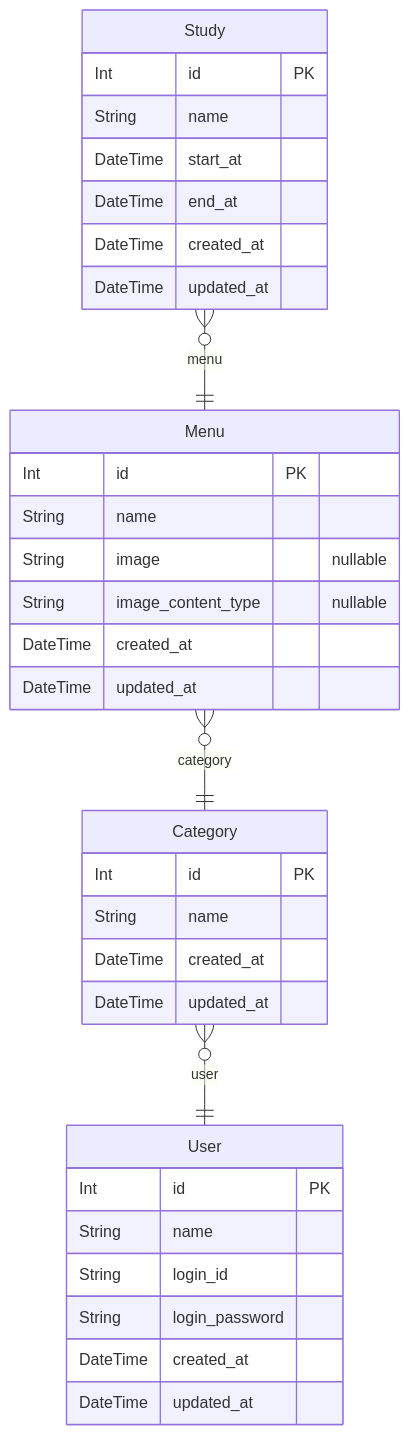
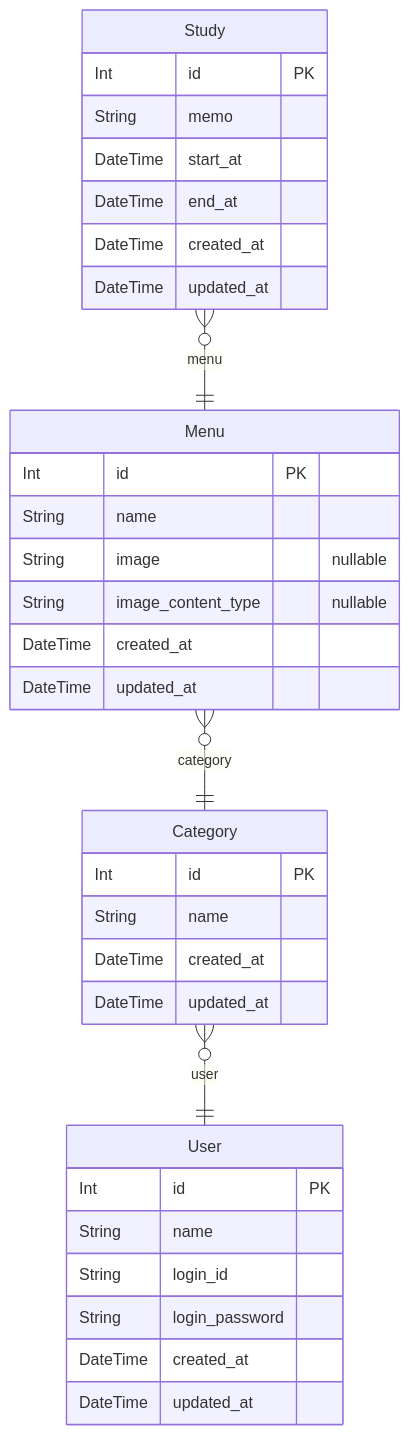
Before and after one commit to lsptt5271/study-hack: the diagram in server/prisma/scheme.md, drawn with Mermaid. The commit also changed 30 other files, not shown here.

````diff
--- a/server/prisma/scheme.md
+++ b/server/prisma/scheme.md
@@ -1,44 +1,44 @@
 ```mermaid
 erDiagram
 
   User {
     Int id PK 
     String name  
     String login_id  
     String login_password  
     DateTime created_at  
     DateTime updated_at  
     }
   
 
   Category {
     Int id PK 
     String name  
     DateTime created_at  
     DateTime updated_at  
     }
   
 
   Menu {
     Int id PK 
     String name  
     String image  "nullable"
     String image_content_type  "nullable"
     DateTime created_at  
     DateTime updated_at  
     }
   
 
   Study {
     Int id PK 
-    String name  
+    String memo  
     DateTime start_at  
     DateTime end_at  
     DateTime created_at  
     DateTime updated_at  
     }
   
     Category o{--|| User : "user"
     Menu o{--|| Category : "category"
     Study o{--|| Menu : "menu"
 ```
````
